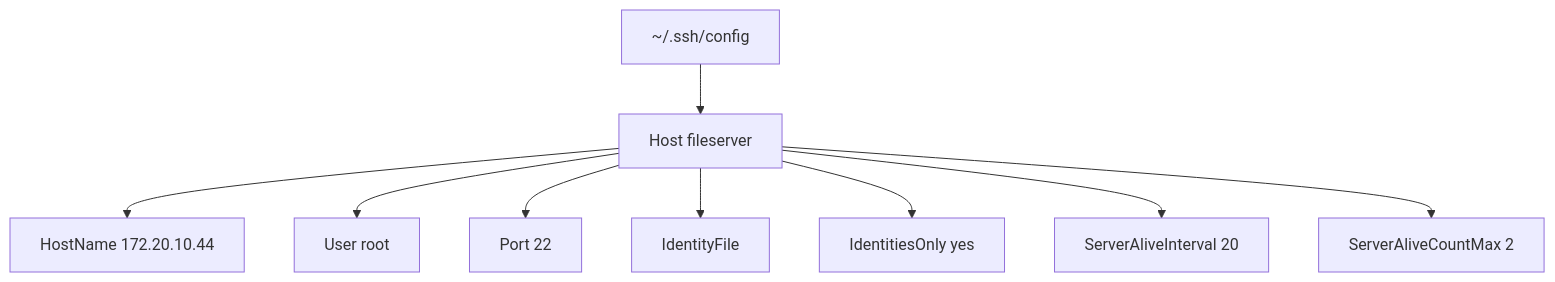
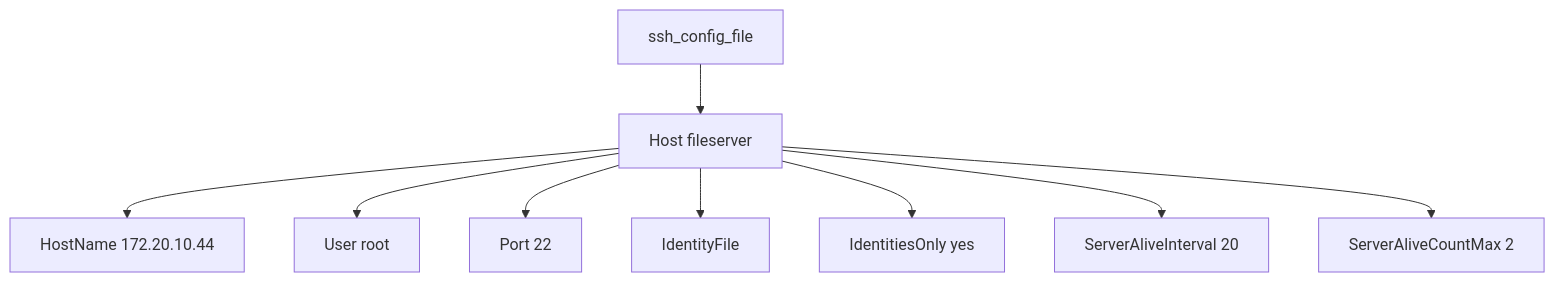
One commit to Sarwarhridoy4/fluresta changed the sixth of 6 diagrams in class_four.md. Above: the diagram before and after it, drawn with Mermaid. The commit also changed other lines of this file and 1 other file, not shown here.

Commit message:
Fix mermaid syntax errors in class_four.md and class_three.md

````diff
--- a/class_four.md
+++ b/class_four.md
@@ -437,11 +437,11 @@
 ```mermaid
 flowchart TD
-    A[~/.ssh/config] --> B[Host fileserver]
+    A[ssh_config_file] --> B[Host fileserver]
     B --> C[HostName 172.20.10.44]
     B --> D[User root]
     B --> E[Port 22]
     B --> F[IdentityFile]
     B --> G[IdentitiesOnly yes]
     B --> H[ServerAliveInterval 20]
     B --> I[ServerAliveCountMax 2]
 ```
````
